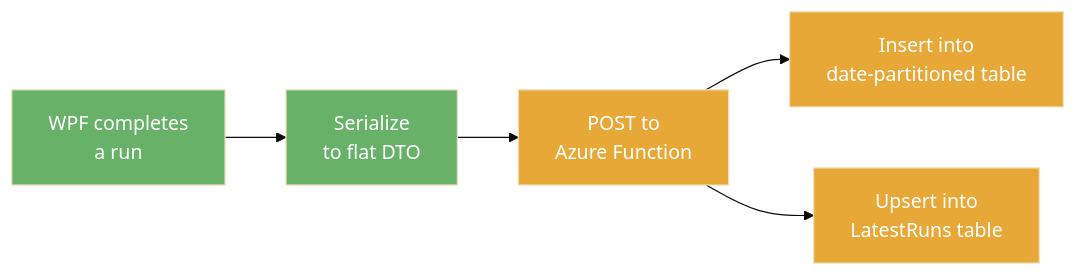
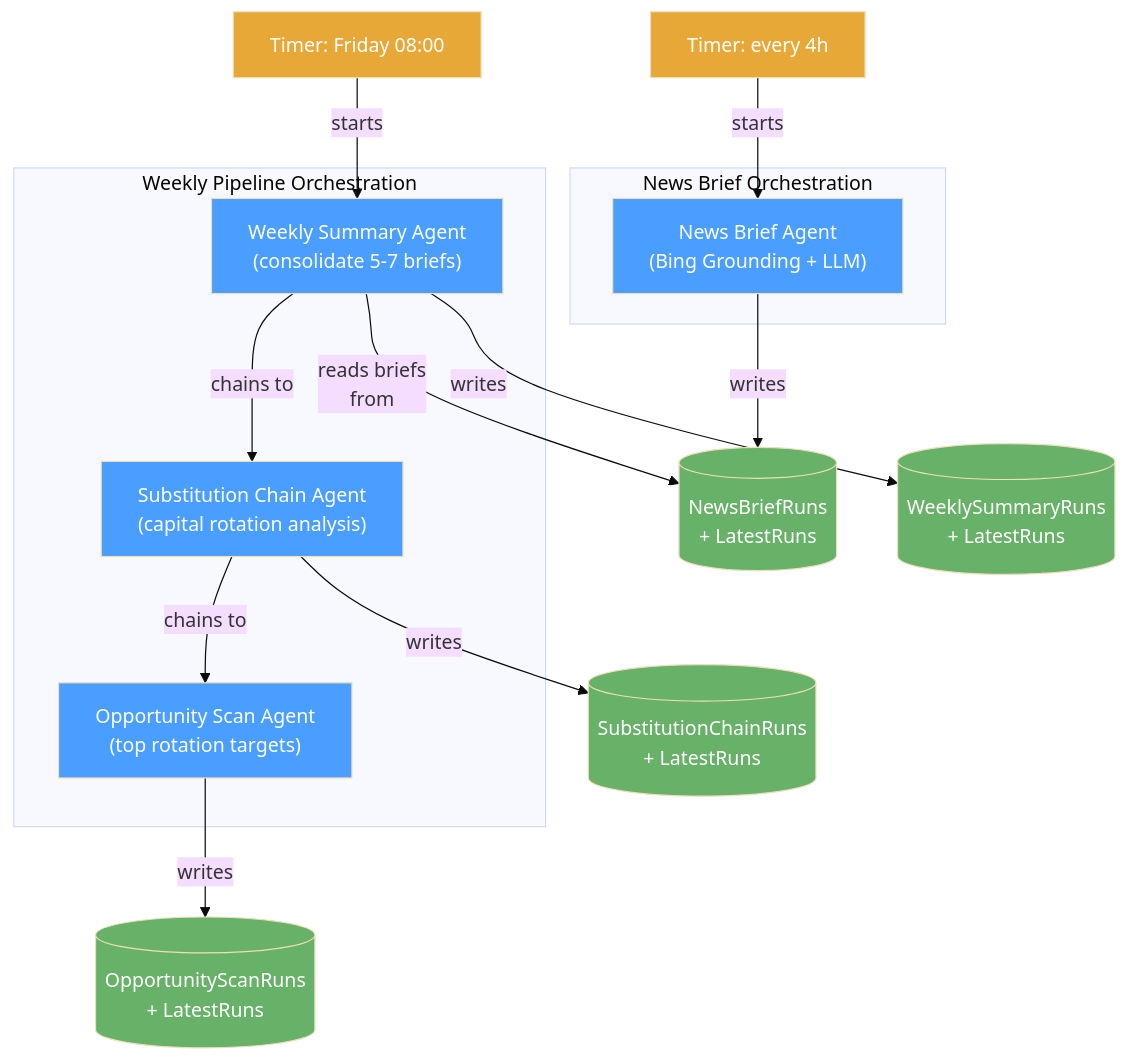
One commit to Muhomorik/KanelBulleKapital changed the second of 5 diagrams in docs/FRONTEND-ARCHITECTURE.md. Above: the diagram before and after it, drawn with Mermaid (base theme). The commit also changed other lines of this file, not shown here.

Commit message:
Update database schema: Add `SubstitutionChain` and `OpportunityScan` entities with migrations for persistence.

````diff
--- a/docs/FRONTEND-ARCHITECTURE.md
+++ b/docs/FRONTEND-ARCHITECTURE.md
@@ -143,13 +53,37 @@
 ```mermaid
-flowchart LR
-    Run["WPF completes\na run"] --> Serialize["Serialize\nto flat DTO"]
-    Serialize --> Post["POST to\nAzure Function"]
-    Post --> DateTable["Insert into\ndate-partitioned table"]
-    Post --> Latest["Upsert into\nLatestRuns table"]
+flowchart TD
+    T1["Timer: every 4h"]
+    T2["Timer: Friday 08:00"]
 
-    style Run fill:#68b168,color:#fff
-    style Serialize fill:#68b168,color:#fff
-    style Post fill:#e8a838,color:#fff
-    style DateTable fill:#e8a838,color:#fff
-    style Latest fill:#e8a838,color:#fff
+    subgraph "News Brief Orchestration"
+        NB["News Brief Agent\n(Bing Grounding + LLM)"]
+    end
+
+    subgraph "Weekly Pipeline Orchestration"
+        WS["Weekly Summary Agent\n(consolidate 5-7 briefs)"]
+        SC["Substitution Chain Agent\n(capital rotation analysis)"]
+        OS["Opportunity Scan Agent\n(top rotation targets)"]
+    end
+
+    T1 -->|starts| NB
+    T2 -->|starts| WS
+    WS -->|chains to| SC
+    SC -->|chains to| OS
+
+    NB -->|writes| NBT[("NewsBriefRuns\n+ LatestRuns")]
+    WS -->|reads briefs\nfrom| NBT
+    WS -->|writes| WST[("WeeklySummaryRuns\n+ LatestRuns")]
+    SC -->|writes| SCT[("SubstitutionChainRuns\n+ LatestRuns")]
+    OS -->|writes| OST[("OpportunityScanRuns\n+ LatestRuns")]
+
+    style T1 fill:#e8a838,color:#fff
+    style T2 fill:#e8a838,color:#fff
+    style NB fill:#4a9eff,color:#fff
+    style WS fill:#4a9eff,color:#fff
+    style SC fill:#4a9eff,color:#fff
+    style OS fill:#4a9eff,color:#fff
+    style NBT fill:#68b168,color:#fff
+    style WST fill:#68b168,color:#fff
+    style SCT fill:#68b168,color:#fff
+    style OST fill:#68b168,color:#fff
 ```
````
